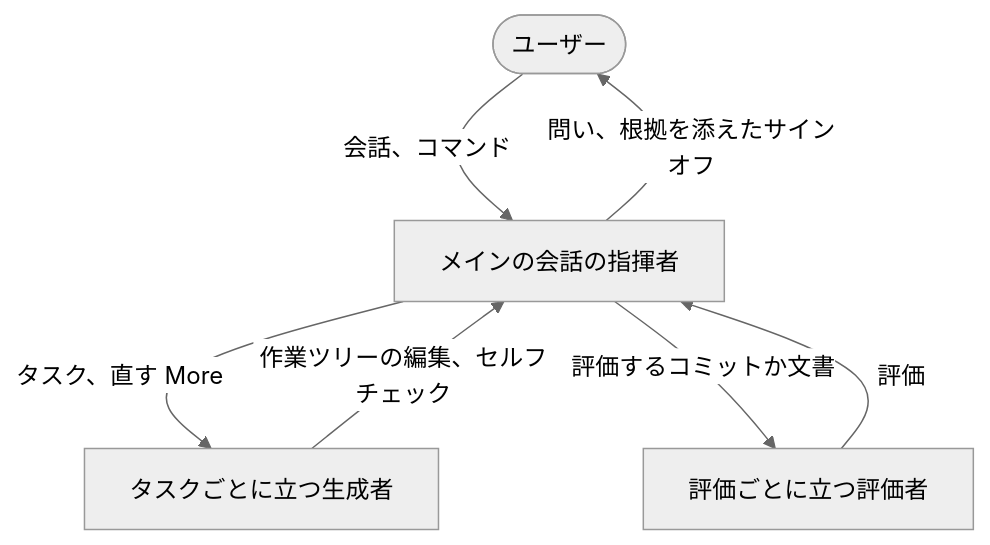
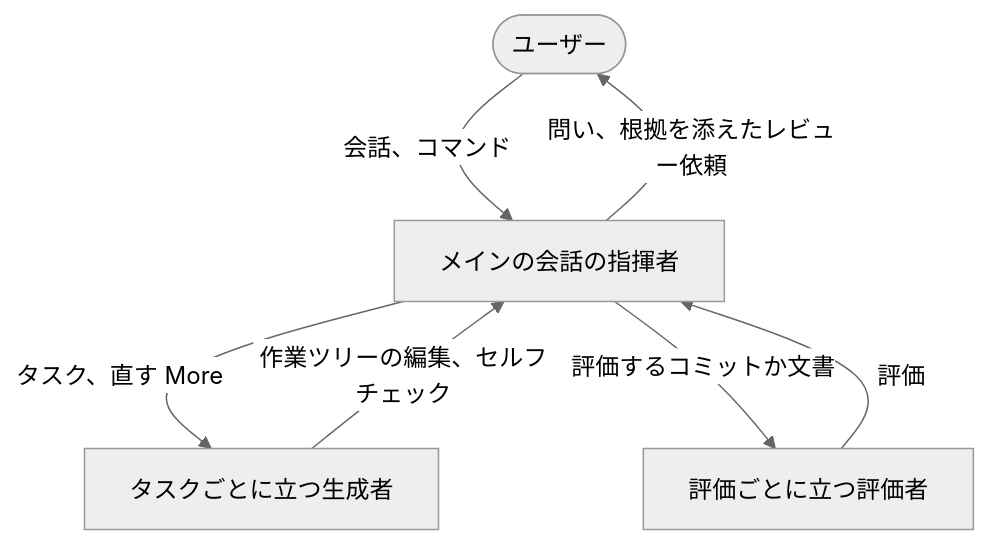
Before and after one commit to lovaizu/ccpm: the second of 5 diagrams in rn/docs/design.md, drawn with Mermaid (neutral theme). The commit also changed other lines of this file and 1 other file, not shown here.

````diff
--- a/rn/docs/design.md
+++ b/rn/docs/design.md
@@ -32,13 +32,13 @@
 ```mermaid
 flowchart TD
     U(["ユーザー"])
     C["メインの会話の指揮者"]
     G["タスクごとに立つ生成者"]
     E["評価ごとに立つ評価者"]
     U -->|"会話、コマンド"| C
-    C -->|"問い、根拠を添えたサインオフ"| U
+    C -->|"問い、根拠を添えたレビュー依頼"| U
     C -->|"タスク、直す More"| G
     G -->|"作業ツリーの編集、セルフチェック"| C
     C -->|"評価するコミットか文書"| E
     E -->|"評価"| C
 ```
````
